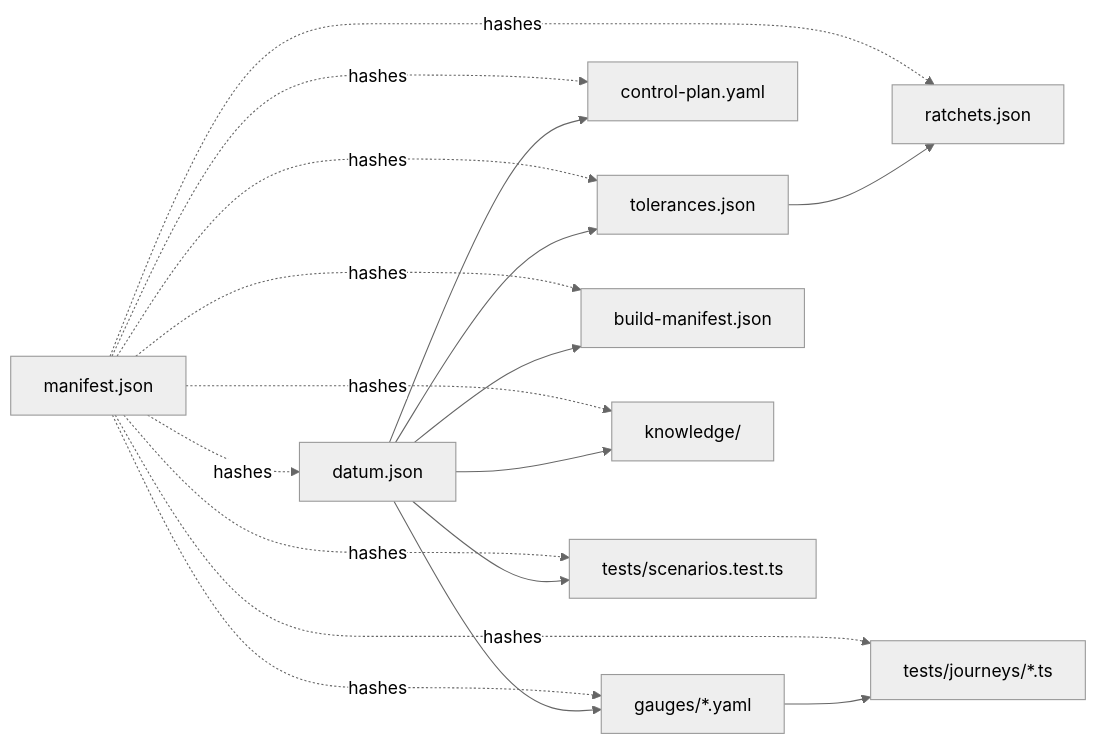
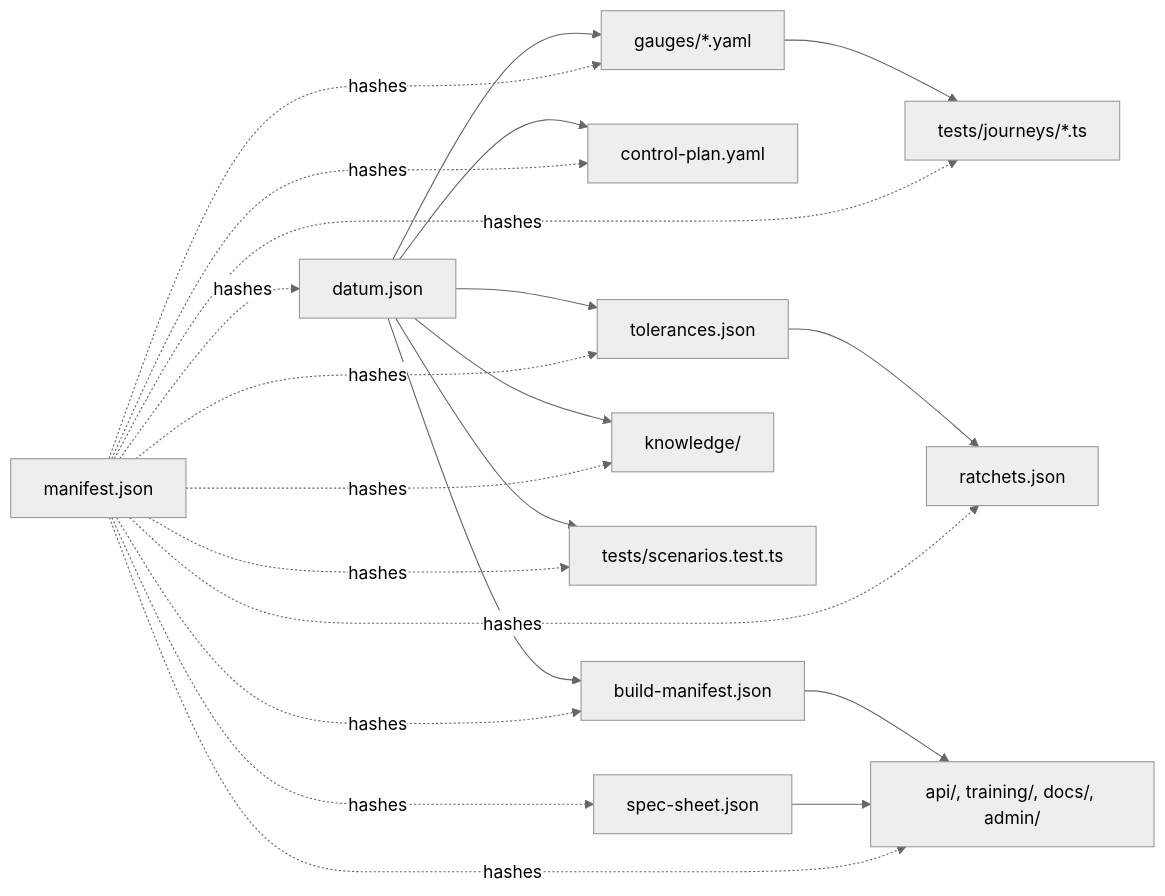
One commit to russlittle/ZTHR changed the first of 3 diagrams in intent/docs/formats.md. Above: the diagram before and after it, drawn with Mermaid (neutral theme). The commit also changed other lines of this file and 11 other files, not shown here.

First line of the commit message:
Factory spec sheet: API, events, agent tools, training, docs, admin suite, connections

````diff
--- a/intent/docs/formats.md
+++ b/intent/docs/formats.md
@@ -7,11 +7,13 @@
 ```mermaid
 flowchart LR
   D[datum.json] --> G[gauges/*.yaml]
   D --> C[control-plan.yaml]
   D --> T[tolerances.json] --> R[ratchets.json]
   D --> B[build-manifest.json]
   D --> K[knowledge/]
   G --> J[tests/journeys/*.ts]
   D --> S[tests/scenarios.test.ts]
-  M[manifest.json] -. hashes .-> D & G & C & T & R & B & K & J & S
+  B --> I[api/, training/, docs/, admin/]
+  SS[spec-sheet.json] --> I
+  M[manifest.json] -. hashes .-> D & G & C & T & R & B & K & J & S & I & SS
 ```
````
